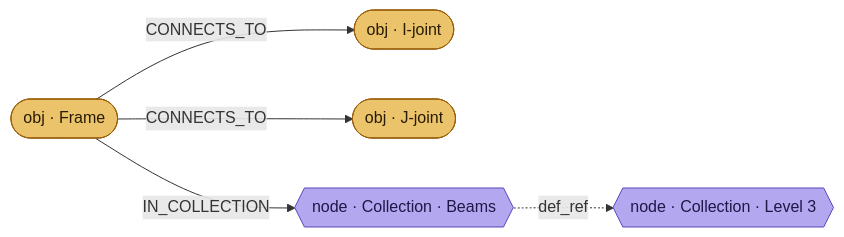
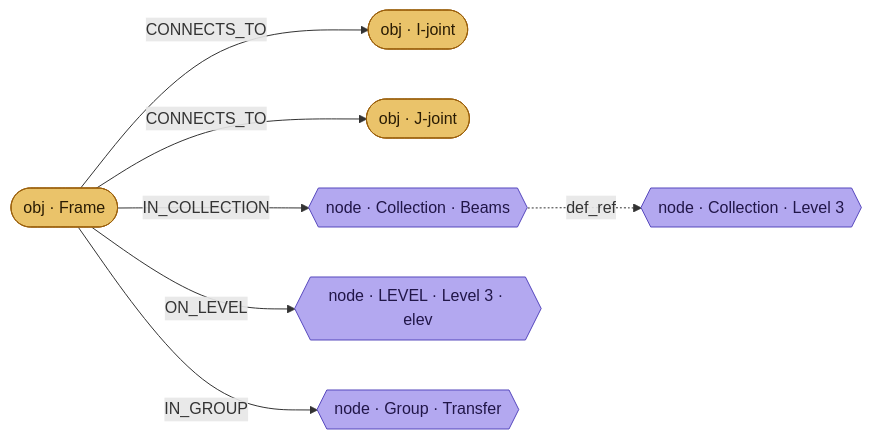
One commit to specklesystems/speckle-sharp-connectors changed diagram 16 of 19 in docs/connector-relations.md. Above: the diagram before and after it, drawn with Mermaid. The commit also changed other lines of this file and 18 other files, not shown here.

````diff
--- a/docs/connector-relations.md
+++ b/docs/connector-relations.md
@@ -516,14 +524,18 @@
 ```mermaid
 graph LR
   FR([obj · Frame]):::obj
   J1([obj · I-joint]):::obj
   J2([obj · J-joint]):::obj
   C2{{node · Collection · Beams}}:::nd
   C1{{node · Collection · Level 3}}:::nd
+  L3{{node · LEVEL · Level 3 · elev}}:::nd
+  G1{{node · Group · Transfer}}:::nd
   FR -->|CONNECTS_TO| J1
   FR -->|CONNECTS_TO| J2
   FR -->|IN_COLLECTION| C2
   C2 -.->|def_ref| C1
+  FR -->|ON_LEVEL| L3
+  FR -->|IN_GROUP| G1
   classDef obj fill:#eac36a,stroke:#9a5f0c,color:#2a1c04;
   classDef nd fill:#b3a8f0,stroke:#5647bd,color:#211648;
 ```
````
